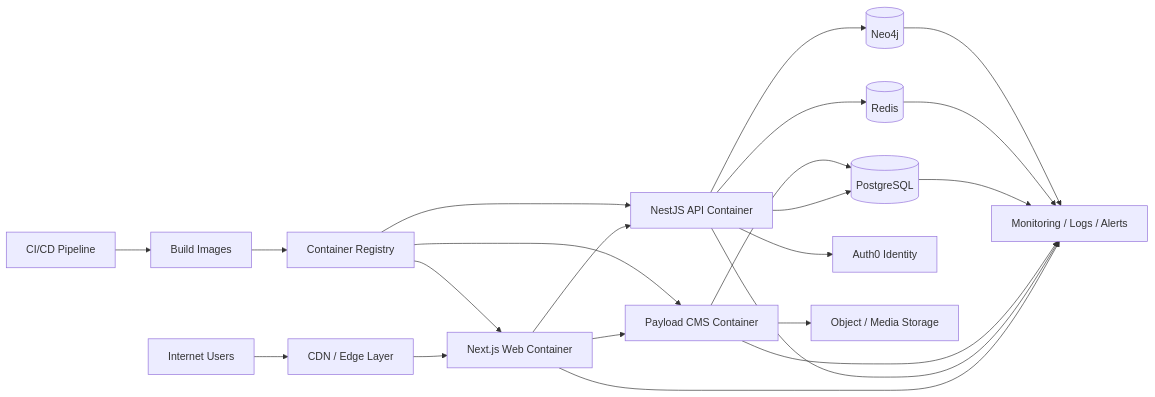
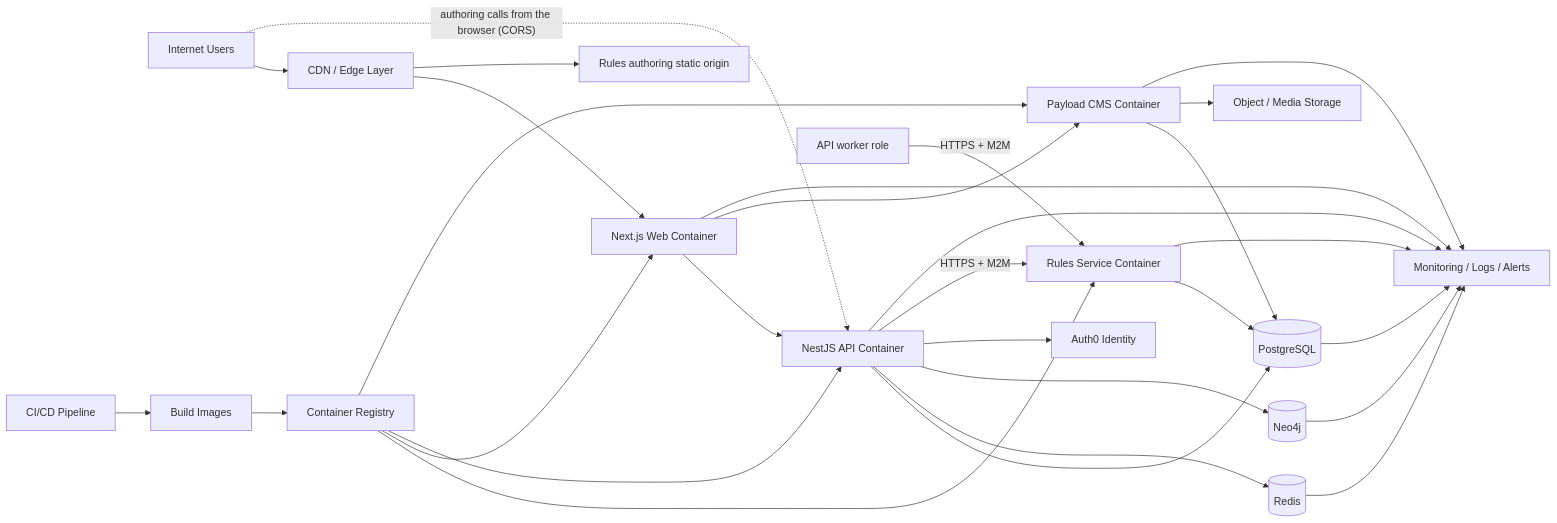
Before and after one commit to lorenjerickson/app-builder-agents: the diagram in docs/tech-stack.md, drawn with Mermaid. The commit also changed other lines of this file and 1 other file, not shown here.

First line of the commit message:
tech-stack: run the business rules engine as a separate rules service (P36 revision)

````diff
--- a/docs/tech-stack.md
+++ b/docs/tech-stack.md
@@ -563,28 +655,35 @@
 ```mermaid
 flowchart LR
     User[Internet Users] --> CDN[CDN / Edge Layer]
     CDN --> Web[Next.js Web Container]
     Web --> API[NestJS API Container]
     Web --> CMS[Payload CMS Container]
 
     API --> PG[(PostgreSQL)]
     API --> Redis[(Redis)]
     API --> Neo4j[(Neo4j)]
     API --> Auth0[Auth0 Identity]
+    API -->|HTTPS + M2M| Rules[Rules Service Container]
+    Worker[API worker role] -->|HTTPS + M2M| Rules
+    Rules --> PG
+    Rules --> Monitor
+    Registry --> Rules
+    CDN --> RulesUI[Rules authoring static origin]
+    User -. "authoring calls from the browser (CORS)" .-> API
 
     CMS --> PG
     CMS --> Storage[Object / Media Storage]
 
     Web --> Monitor[Monitoring / Logs / Alerts]
     API --> Monitor
     CMS --> Monitor
     PG --> Monitor
     Redis --> Monitor
     Neo4j --> Monitor
 
     Deploy[CI/CD Pipeline] --> Build[Build Images]
     Build --> Registry[Container Registry]
     Registry --> Web
     Registry --> API
     Registry --> CMS
 ```
````
